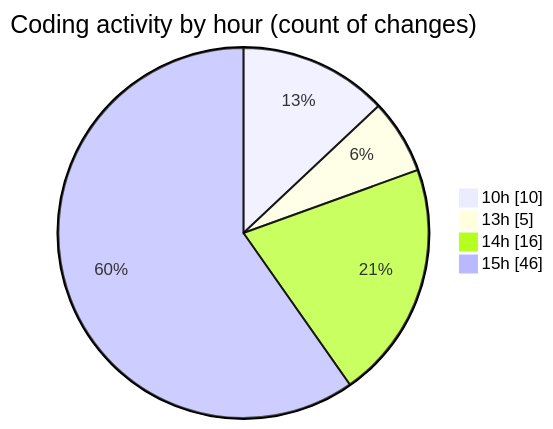
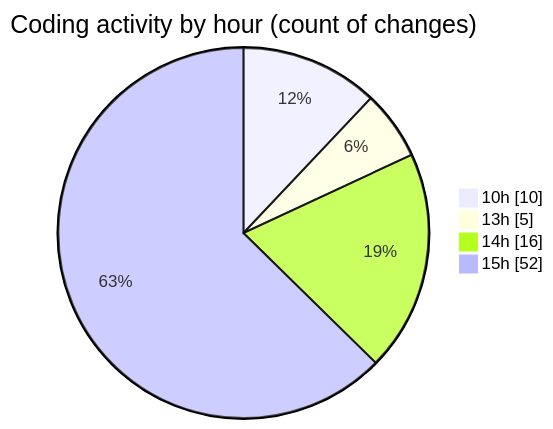
Before and after one commit to nxtqubesakshisongat/code-tracking: the second of 2 diagrams in 2025-07-30/nxtqube_webapp/README.md, drawn with Mermaid. The commit also changed other lines of this file and 1 other file, not shown here.

````diff
--- a/2025-07-30/nxtqube_webapp/README.md
+++ b/2025-07-30/nxtqube_webapp/README.md
@@ -36,8 +36,8 @@
 ```mermaid
 pie showData
 title Coding activity by hour (count of changes)
 "10h" : 10
 "13h" : 5
 "14h" : 16
-"15h" : 46
+"15h" : 52
 ```
````
